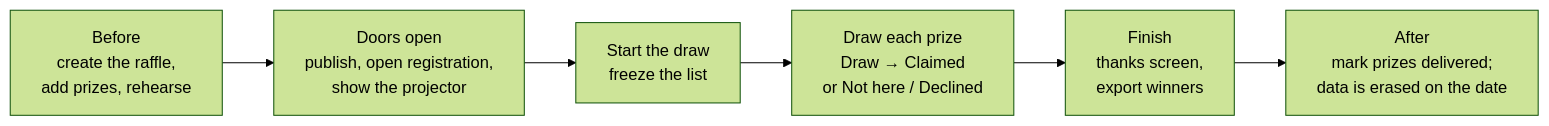
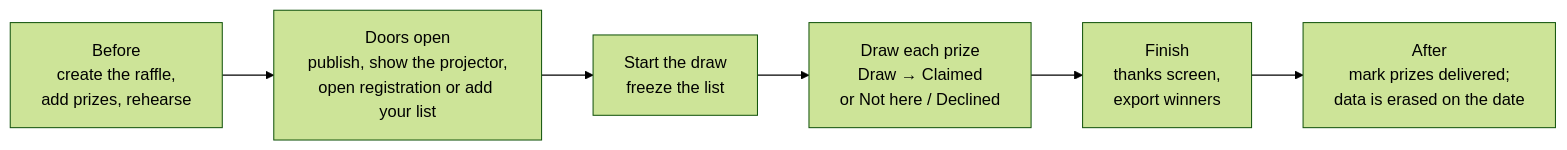
The first of 2 diagrams in docs/guide/running-a-raffle.md (sagikazarmark/rafi.orig), drawn with Mermaid (forest theme) before and after one commit. The commit also changed other lines of this file and 24 other files, not shown here.

````diff
--- a/docs/guide/running-a-raffle.md
+++ b/docs/guide/running-a-raffle.md
@@ -8,8 +8,8 @@
 ```mermaid
 flowchart LR
-    A["Before<br/>create the raffle,<br/>add prizes, rehearse"] --> B["Doors open<br/>publish, open registration,<br/>show the projector"]
+    A["Before<br/>create the raffle,<br/>add prizes, rehearse"] --> B["Doors open<br/>publish, show the projector,<br/>open registration or add your list"]
     B --> C["Start the draw<br/>freeze the list"]
     C --> D["Draw each prize<br/>Draw → Claimed<br/>or Not here / Declined"]
     D --> E["Finish<br/>thanks screen,<br/>export winners"]
     E --> F["After<br/>mark prizes delivered;<br/>data is erased on the date"]
 ```
````
